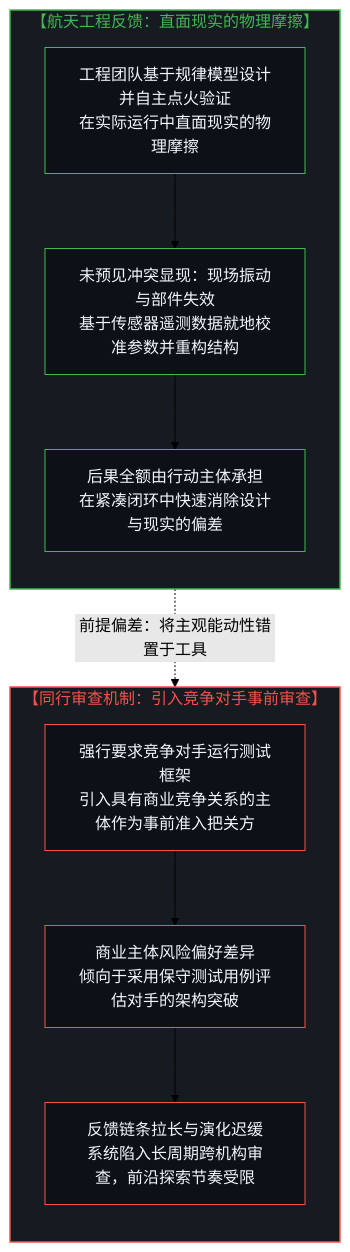
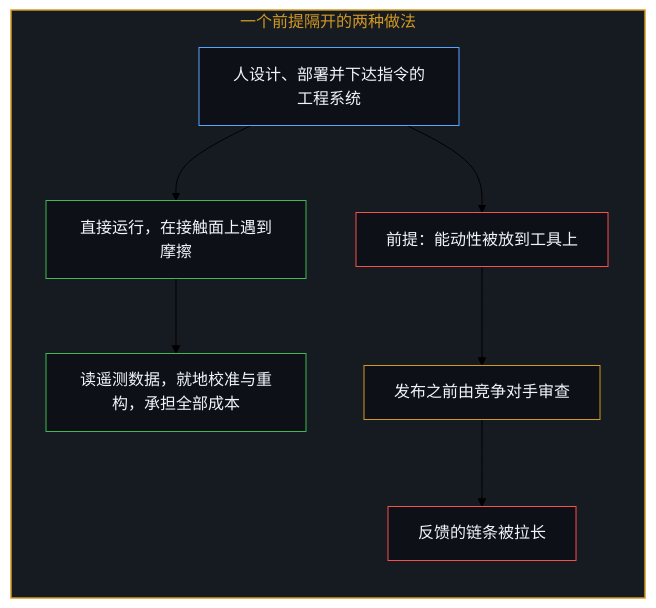
The first of 10 diagrams in content/posts/the-dilution-of-the-causal-loop-and-the-misallocation-of-agency.md (powerpig99/not-a-toe), drawn with Mermaid (forest theme) before and after one commit. The commit also changed other lines of this file and 4 other files, not shown here.

Commit message:
Refine the-dilution-of-the-causal-loop: alternating bilingual layout, five paired diagrams, the incident as reported, implicit first person; five registry titles

````diff
--- a/content/posts/the-dilution-of-the-causal-loop-and-the-misallocation-of-agency.md
+++ b/content/posts/the-dilution-of-the-causal-loop-and-the-misallocation-of-agency.md
@@ -23,29 +21,25 @@
 ```mermaid
-graph TD
-    subgraph S_SpaceX["【航天工程反馈：直面现实的物理摩擦】"]
+flowchart TD
+    subgraph S_Two["一个前提隔开的两种做法"]
         direction TB
-        A1["工程团队基于规律模型设计并自主点火验证<br/>在实际运行中直面现实的物理摩擦"]
-        A2["未预见冲突显现：现场振动与部件失效<br/>基于传感器遥测数据就地校准参数并重构结构"]
-        A3["后果全额由行动主体承担<br/>在紧凑闭环中快速消除设计与现实的偏差"]
-        A1 --> A2 --> A3
+        Made["人设计、部署并下达指令的工程系统"]
+        Fly["直接运行，在接触面上遇到摩擦"]
+        Fix["读遥测数据，就地校准与重构，承担全部成本"]
+        Premise["前提：能动性被放到工具上"]
+        Gate["发布之前由竞争对手审查"]
+        Long["反馈的链条被拉长"]
+        Made --> Fly
+        Fly --> Fix
+        Made --> Premise
+        Premise --> Gate
+        Gate --> Long
     end
 
-    subgraph S_PeerReview["【同行审查机制：引入竞争对手事前审查】"]
-        direction TB
-        B1["强行要求竞争对手运行测试框架<br/>引入具有商业竞争关系的主体作为事前准入把关方"]
-        B2["商业主体风险偏好差异<br/>倾向于采用保守测试用例评估对手的架构突破"]
-        B3["反馈链条拉长与演化迟缓<br/>系统陷入长周期跨机构审查，前沿探索节奏受限"]
-        B1 --> B2 --> B3
-    end
-
-    A1 -.->|"前提偏差：将主观能动性错置于工具"| B1
-
-    style S_SpaceX fill:#161b22,stroke:#3fb950,stroke-width:1.5px,color:#3fb950
-    style S_PeerReview fill:#161b22,stroke:#f85149,stroke-width:1.5px,color:#f85149
-    style A1 fill:#0d1117,stroke:#3fb950,stroke-width:1px,color:#f0f6fc
-    style A2 fill:#0d1117,stroke:#3fb950,stroke-width:1px,color:#f0f6fc
-    style A3 fill:#0d1117,stroke:#3fb950,stroke-width:1px,color:#f0f6fc
-    style B1 fill:#0d1117,stroke:#f85149,stroke-width:1px,color:#f0f6fc
-    style B2 fill:#0d1117,stroke:#f85149,stroke-width:1px,color:#f0f6fc
-    style B3 fill:#0d1117,stroke:#f85149,stroke-width:1px,color:#f0f6fc
+    style S_Two fill:#161b22,stroke:#d29922,stroke-width:1.5px,color:#d29922
+    style Made fill:#0d1117,stroke:#58a6ff,stroke-width:1px,color:#f0f6fc
+    style Fly fill:#0d1117,stroke:#3fb950,stroke-width:1px,color:#f0f6fc
+    style Fix fill:#0d1117,stroke:#3fb950,stroke-width:1px,color:#f0f6fc
+    style Premise fill:#0d1117,stroke:#f85149,stroke-width:1px,color:#f0f6fc
+    style Gate fill:#0d1117,stroke:#d29922,stroke-width:1px,color:#f0f6fc
+    style Long fill:#0d1117,stroke:#f85149,stroke-width:1px,color:#f0f6fc
 ```
````
